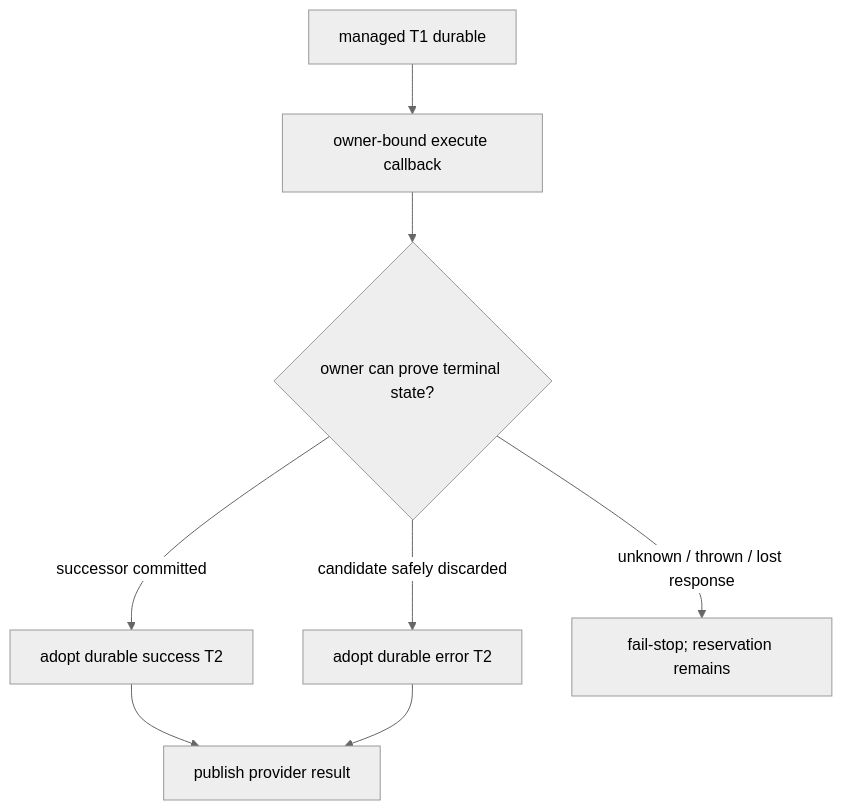
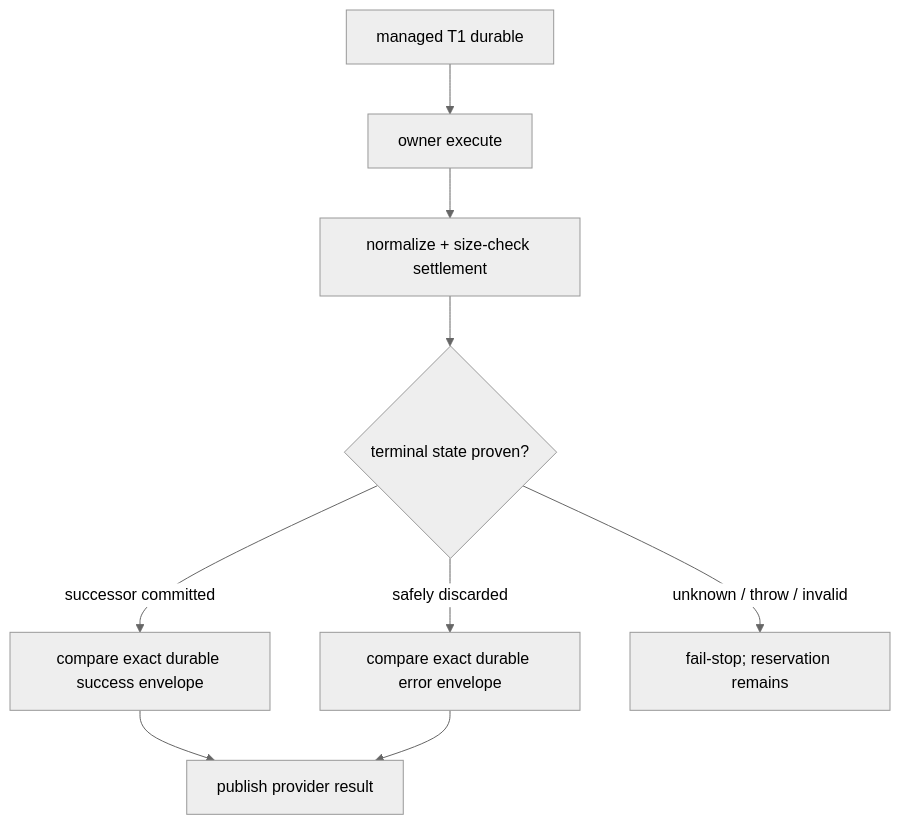
One commit to zhiiw/maka-agent changed the diagram in docs/architecture/runtime-managed-workspace-mutation-execution-admission-v1.zh-CN.md. Above: the diagram before and after it, drawn with Mermaid (neutral theme). The commit also changed other lines of this file and 10 other files, not shown here.

Commit message:
fix(runtime): narrow managed mutation settlement authority

````diff
--- a/docs/architecture/runtime-managed-workspace-mutation-execution-admission-v1.zh-CN.md
+++ b/docs/architecture/runtime-managed-workspace-mutation-execution-admission-v1.zh-CN.md
@@ -54,10 +52,11 @@
 ```mermaid
 flowchart TD
-  T1["managed T1 durable"] --> O["owner-bound execute callback"]
-  O --> S{"owner can prove terminal state?"}
-  S -->|"successor committed"| A["adopt durable success T2"]
-  S -->|"candidate safely discarded"| E["adopt durable error T2"]
-  S -->|"unknown / thrown / lost response"| P["fail-stop; reservation remains"]
+  T1["managed T1 durable"] --> O["owner execute"]
+  O --> N["normalize + size-check settlement"]
+  N --> S{"terminal state proven?"}
+  S -->|"successor committed"| A["compare exact durable success envelope"]
+  S -->|"safely discarded"| E["compare exact durable error envelope"]
+  S -->|"unknown / throw / invalid"| P["fail-stop; reservation remains"]
   A --> R["publish provider result"]
   E --> R
 ```
````
